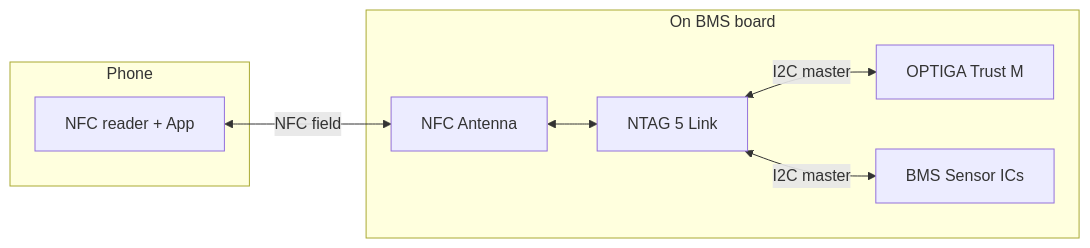
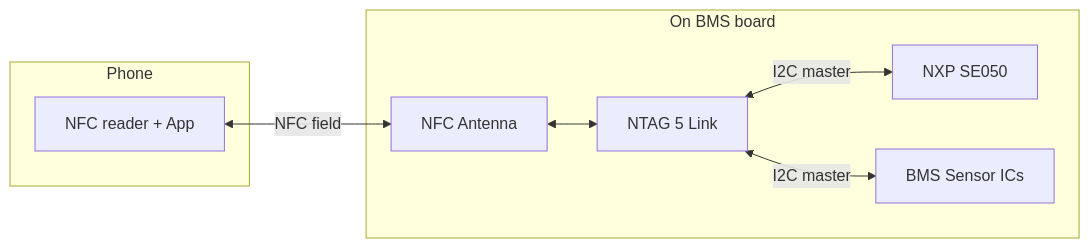
The first of 2 diagrams in docs/sectors/batteries/nfc-hardware.md (lambdasistemi/eu-digital-product-passport), drawn with Mermaid before and after one commit. The commit also changed other lines of this file and 4 other files, not shown here.

````diff
--- a/docs/sectors/batteries/nfc-hardware.md
+++ b/docs/sectors/batteries/nfc-hardware.md
@@ -17,18 +17,18 @@
 ```mermaid
 graph LR
     subgraph "Phone"
         A[NFC reader + App]
     end
 
     subgraph "On BMS board"
         B[NTAG 5 Link]
-        C[OPTIGA Trust M]
+        C[NXP SE050]
         D[BMS Sensor ICs]
         E[NFC Antenna]
     end
 
     A <-->|NFC field| E
     E <--> B
     B <-->|I2C master| C
     B <-->|I2C master| D
 ```
````
